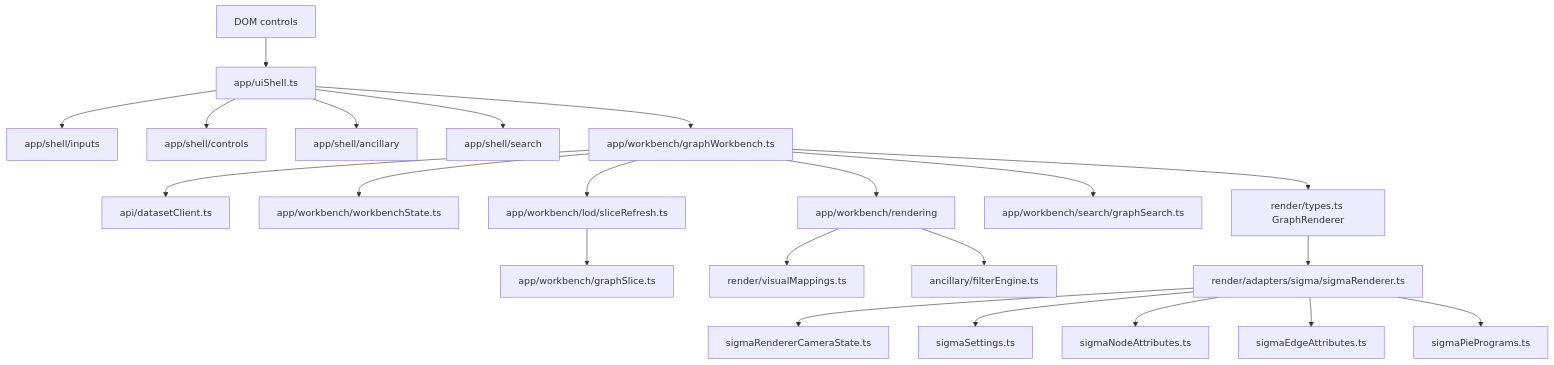
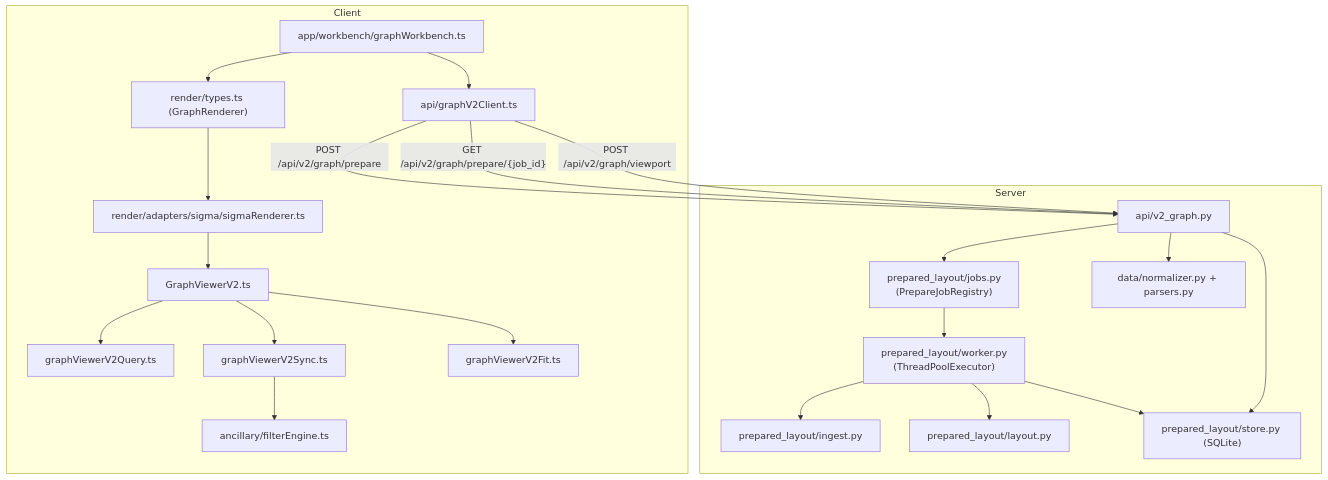
Before and after one commit to phyloviz/phylo-lens: the first of 2 diagrams in docs/ARCHITECTURE_SPEC.md, drawn with Mermaid. The commit also changed other lines of this file and 32 other files, not shown here.

````diff
--- a/docs/ARCHITECTURE_SPEC.md
+++ b/docs/ARCHITECTURE_SPEC.md
@@ -141,27 +155,45 @@
 ```mermaid
 flowchart TD
-  DOM["DOM controls"] --> Shell["app/uiShell.ts"]
-  Shell --> ShellInputs["app/shell/inputs"]
-  Shell --> ShellControls["app/shell/controls"]
-  Shell --> ShellAncillary["app/shell/ancillary"]
-  Shell --> ShellSearch["app/shell/search"]
-  Shell --> Workbench["app/workbench/graphWorkbench.ts"]
+  subgraph Client
+    WB["app/workbench/graphWorkbench.ts"]
+    APIC["api/graphV2Client.ts"]
+    RPORT["render/types.ts (GraphRenderer)"]
+    SR["render/adapters/sigma/sigmaRenderer.ts"]
+    GV2["GraphViewerV2.ts"]
+    QRY["graphViewerV2Query.ts"]
+    SYNC["graphViewerV2Sync.ts"]
+    FIT["graphViewerV2Fit.ts"]
+    FILT["ancillary/filterEngine.ts"]
 
-  Workbench --> ApiClient["api/datasetClient.ts"]
-  Workbench --> WorkbenchState["app/workbench/workbenchState.ts"]
-  Workbench --> SliceRefresh["app/workbench/lod/sliceRefresh.ts"]
-  Workbench --> Rendering["app/workbench/rendering"]
-  Workbench --> LocalSearch["app/workbench/search/graphSearch.ts"]
+    WB --> APIC
+    WB --> RPORT
+    RPORT --> SR
+    SR --> GV2
+    GV2 --> QRY
+    GV2 --> SYNC
+    GV2 --> FIT
+    SYNC --> FILT
+  end
 
-  SliceRefresh --> GraphSlice["app/workbench/graphSlice.ts"]
-  Rendering --> VisualMappings["render/visualMappings.ts"]
-  Rendering --> FilterEngine["ancillary/filterEngine.ts"]
-  Workbench --> RendererPort["render/types.ts GraphRenderer"]
-  RendererPort --> SigmaRenderer["render/adapters/sigma/sigmaRenderer.ts"]
+  subgraph Server
+    V2["api/v2_graph.py"]
+    WORK["prepared_layout/worker.py<br/>(ThreadPoolExecutor)"]
+    JOBS["prepared_layout/jobs.py<br/>(PrepareJobRegistry)"]
+    ING["prepared_layout/ingest.py"]
+    LAY["prepared_layout/layout.py"]
+    STORE["prepared_layout/store.py (SQLite)"]
+    DATA["data/normalizer.py + parsers.py"]
 
-  SigmaRenderer --> SigmaCamera["sigmaRendererCameraState.ts"]
-  SigmaRenderer --> SigmaSettings["sigmaSettings.ts"]
-  SigmaRenderer --> SigmaNodes["sigmaNodeAttributes.ts"]
-  SigmaRenderer --> SigmaEdges["sigmaEdgeAttributes.ts"]
-  SigmaRenderer --> SigmaPie["sigmaPiePrograms.ts"]
+    V2 --> DATA
+    V2 --> JOBS
+    JOBS --> WORK
+    WORK --> ING
+    WORK --> LAY
+    WORK --> STORE
+    V2 --> STORE
+  end
+
+  APIC -->|"POST /api/v2/graph/prepare"| V2
+  APIC -->|"GET /api/v2/graph/prepare/{job_id}"| V2
+  APIC -->|"POST /api/v2/graph/viewport"| V2
 ```
````
